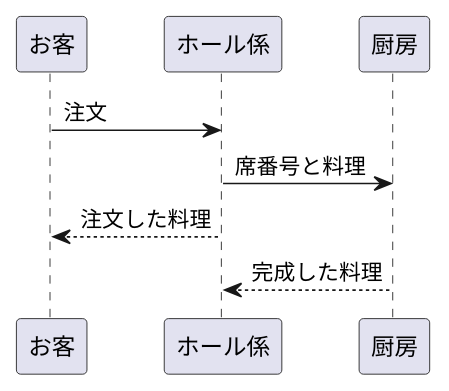
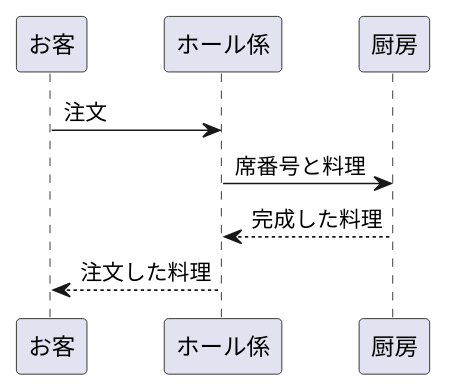
The diagram in 0420kadai2.md (Aso2001374/2021sys-design), drawn with PlantUML before and after one commit. The commit also changed other lines of this file, not shown here.

````diff
--- a/0420kadai2.md
+++ b/0420kadai2.md
@@ -1,8 +1,8 @@
 ```uml
 @startuml
 お客->ホール係:注文
 ホール係->厨房:席番号と料理
+厨房-->ホール係:完成した料理
 ホール係-->お客:注文した料理
-厨房-->ホール係:完成した料理
 @enduml
 ```
````
